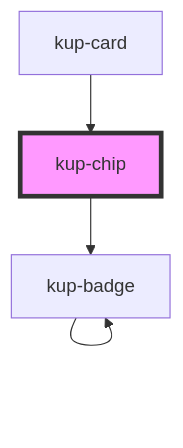
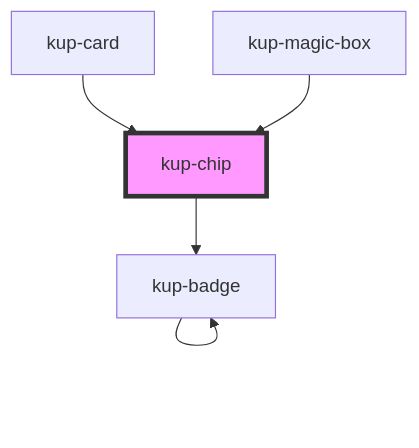
The diagram in packages/ketchup/src/components/kup-chip/readme.md (smeup/ketchup), drawn with Mermaid before and after one commit. The commit also changed other lines of this file and 5 other files, not shown here.

Commit message:
kup-magic-box: added Chip, Button List and Tree.

````diff
--- a/packages/ketchup/src/components/kup-chip/readme.md
+++ b/packages/ketchup/src/components/kup-chip/readme.md
@@ -88,7 +89,8 @@
 ```mermaid
 graph TD;
   kup-chip --> kup-badge
   kup-badge --> kup-badge
   kup-card --> kup-chip
+  kup-magic-box --> kup-chip
   style kup-chip fill:#f9f,stroke:#333,stroke-width:4px
 ```
````
